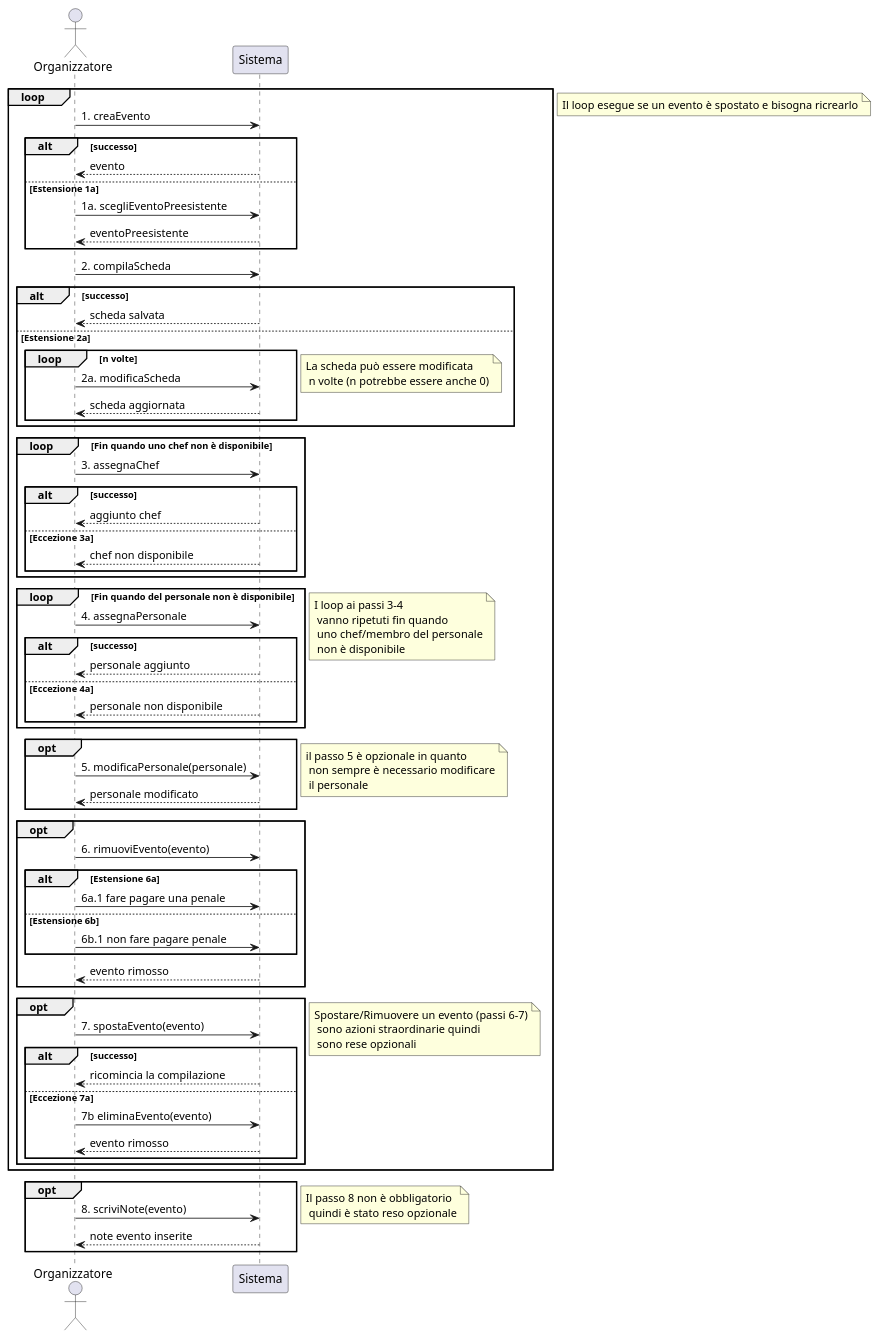
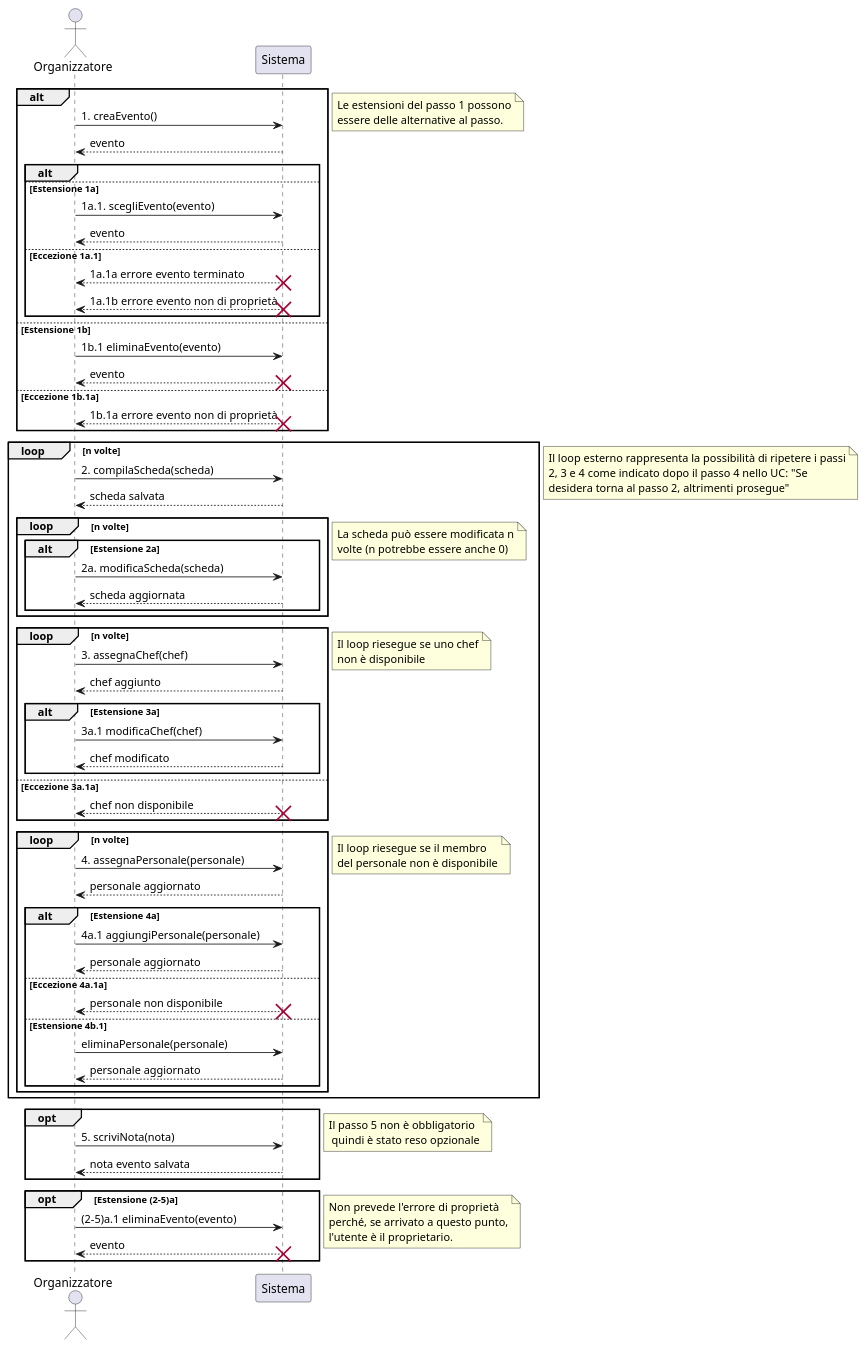
Before and after one commit to m0canu1/sas: the diagram in ssd/ssd-gestire-eventi.md, drawn with PlantUML.

Commit message:
aggiornato ssd-gestire-eventi

````diff
--- a/ssd/ssd-gestire-eventi.md
+++ b/ssd/ssd-gestire-eventi.md
@@ -1,81 +1,81 @@
 ```plantuml
 actor Organizzatore
 participant Sistema
 
-loop
+alt
+	Organizzatore -> Sistema : 1. creaEvento()
+	Sistema --> Organizzatore : evento 
+	alt
+		else Estensione 1a
+			Organizzatore -> Sistema : 1a.1. scegliEvento(evento)
+			Sistema --> Organizzatore : evento
+		else Eccezione 1a.1
+			'Organizzatore -> Sistema : 1a.1 scegliEvento(evento)
+			Sistema --> Organizzatore : 1a.1a errore evento terminato
+			destroy Sistema
+			Sistema --> Organizzatore : 1a.1b errore evento non di proprietà
+			destroy Sistema
+	end
+	else Estensione 1b 
+		Organizzatore -> Sistema : 1b.1 eliminaEvento(evento)
+		Sistema --> Organizzatore: evento
+		destroy Sistema
+	else Eccezione 1b.1a
+		Sistema --> Organizzatore : 1b.1a errore evento non di proprietà
+		destroy Sistema
 
-	Organizzatore -> Sistema : 1. creaEvento 
-    alt successo
-		Sistema --> Organizzatore : evento 
-	else Estensione 1a
-		Organizzatore -> Sistema : 1a. scegliEventoPreesistente
-		Sistema --> Organizzatore : eventoPreesistente
-	end
-	
-	Organizzatore -> Sistema : 2. compilaScheda
-	alt successo
+end
+note right: Le estensioni del passo 1 possono\nessere delle alternative al passo.
+loop n volte
+	Organizzatore -> Sistema : 2. compilaScheda(scheda)
 		Sistema --> Organizzatore : scheda salvata
-	else Estensione 2a
-		loop n volte
-			Organizzatore -> Sistema : 2a. modificaScheda
+	loop n volte
+		alt Estensione 2a
+			Organizzatore -> Sistema : 2a. modificaScheda(scheda)
 			Sistema --> Organizzatore : scheda aggiornata
 		end
-        note right: La scheda può essere modificata\n n volte (n potrebbe essere anche 0)
 	end
-	
-	loop Fin quando uno chef non è disponibile
-		Organizzatore -> Sistema : 3. assegnaChef
-		alt successo
-			Sistema --> Organizzatore : aggiunto chef	
-		else Eccezione 3a 
+		note right: La scheda può essere modificata n\nvolte (n potrebbe essere anche 0)
+
+	loop n volte
+		Organizzatore -> Sistema : 3. assegnaChef(chef)
+			Sistema --> Organizzatore : chef aggiunto	
+		alt Estensione 3a
+			Organizzatore -> Sistema: 3a.1 modificaChef(chef)
+			Sistema --> Organizzatore: chef modificato
+		end
+		else Eccezione 3a.1a 
 			Sistema --> Organizzatore : chef non disponibile
+			destroy Sistema
+	end
+	note right: Il loop riesegue se uno chef\nnon è disponibile
+	loop n volte
+		Organizzatore -> Sistema : 4. assegnaPersonale(personale)
+		Sistema --> Organizzatore : personale aggiornato
+		alt Estensione 4a
+			Organizzatore -> Sistema : 4a.1 aggiungiPersonale(personale)
+			Sistema --> Organizzatore : personale aggiornato
+		else Eccezione 4a.1a
+			Sistema --> Organizzatore : personale non disponibile
+			destroy Sistema
+		else Estensione 4b.1
+			Organizzatore -> Sistema : eliminaPersonale(personale)
+			Sistema --> Organizzatore : personale aggiornato
 		end
 	end
-	
-	loop Fin quando del personale non è disponibile
-		Organizzatore -> Sistema : 4. assegnaPersonale
-		alt successo
-			Sistema --> Organizzatore : personale aggiunto
-		else Eccezione 4a
-			Sistema --> Organizzatore : personale non disponibile
-		end
-	end
-    note right: I loop ai passi 3-4\n vanno ripetuti fin quando\n uno chef/membro del personale\n non è disponibile
-	
-	opt
-		Organizzatore -> Sistema : 5. modificaPersonale(personale)
-		Sistema --> Organizzatore : personale modificato
-	end
-    note right: il passo 5 è opzionale in quanto\n non sempre è necessario modificare\n il personale
-	
-	opt
-		Organizzatore -> Sistema : 6. rimuoviEvento(evento)
-		alt Estensione 6a
-			Organizzatore -> Sistema : 6a.1 fare pagare una penale
-		else Estensione 6b
-			Organizzatore -> Sistema : 6b.1 non fare pagare penale
-		end
-		Sistema --> Organizzatore : evento rimosso
-	end
-	
-	opt
-		Organizzatore -> Sistema : 7. spostaEvento(evento)
-		alt successo
-			Sistema --> Organizzatore : ricomincia la compilazione
-        else Eccezione 7a
-			Organizzatore -> Sistema : 7b eliminaEvento(evento)
-			Sistema --> Organizzatore : evento rimosso
-		end
-	end
-    note right: Spostare/Rimuovere un evento (passi 6-7)\n sono azioni straordinarie quindi\n sono rese opzionali
+	note right: Il loop riesegue se il membro\ndel personale non è disponibile
 end
-note right: Il loop esegue se un evento è spostato e bisogna ricrearlo
+note right: Il loop esterno rappresenta la possibilità di ripetere i passi\n2, 3 e 4 come indicato dopo il passo 4 nello UC: "Se\ndesidera torna al passo 2, altrimenti prosegue"
+opt
+	Organizzatore -> Sistema : 5. scriviNota(nota)
+	Sistema --> Organizzatore : nota evento salvata
+end
+note right: Il passo 5 non è obbligatorio\n quindi è stato reso opzionale
 
-opt
-	Organizzatore -> Sistema : 8. scriviNote(evento)
-	Sistema --> Organizzatore : note evento inserite
+opt Estensione (2-5)a
+	Organizzatore -> Sistema : (2-5)a.1 eliminaEvento(evento)
+	Sistema --> Organizzatore : evento
+	destroy Sistema
 end
-note right: Il passo 8 non è obbligatorio\n quindi è stato reso opzionale
-
-
+	note right: Non prevede l'errore di proprietà\nperché, se arrivato a questo punto,\nl'utente è il proprietario.
 ```
````
